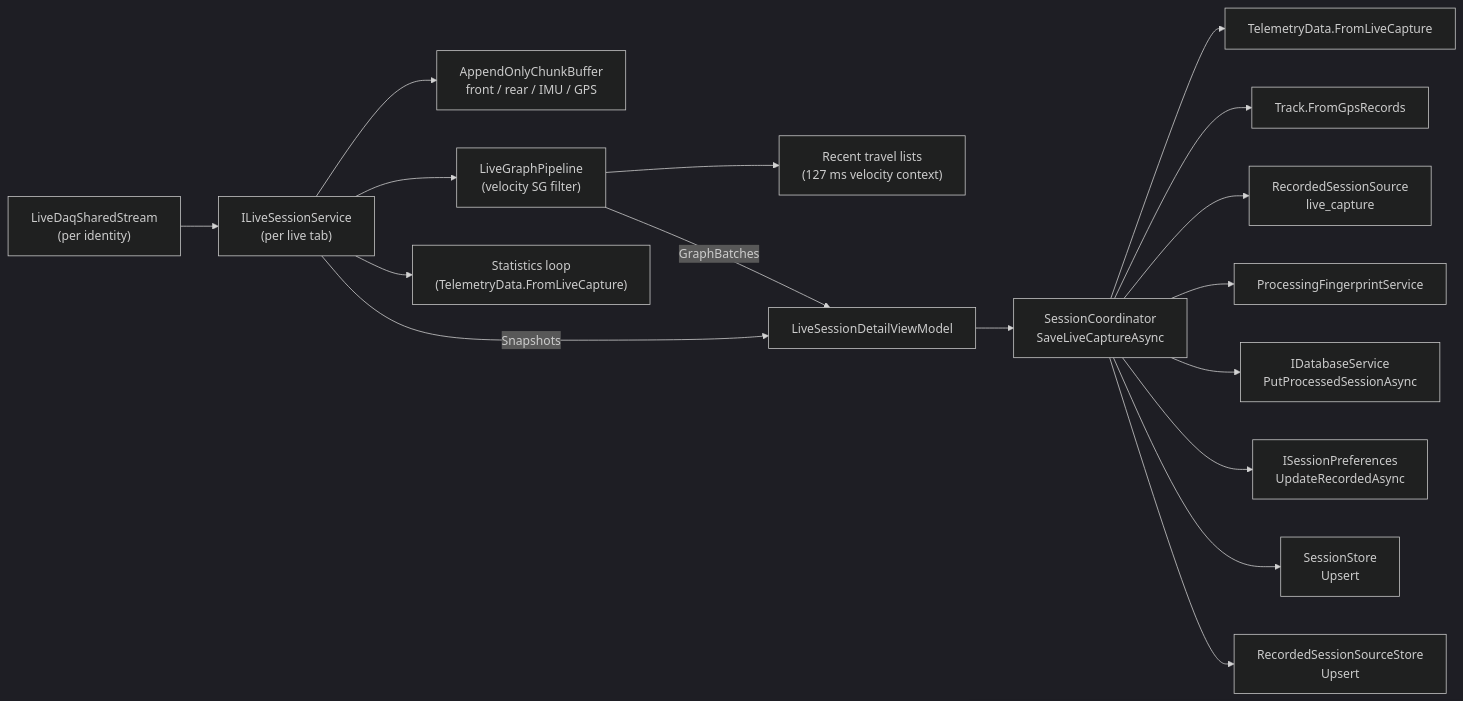
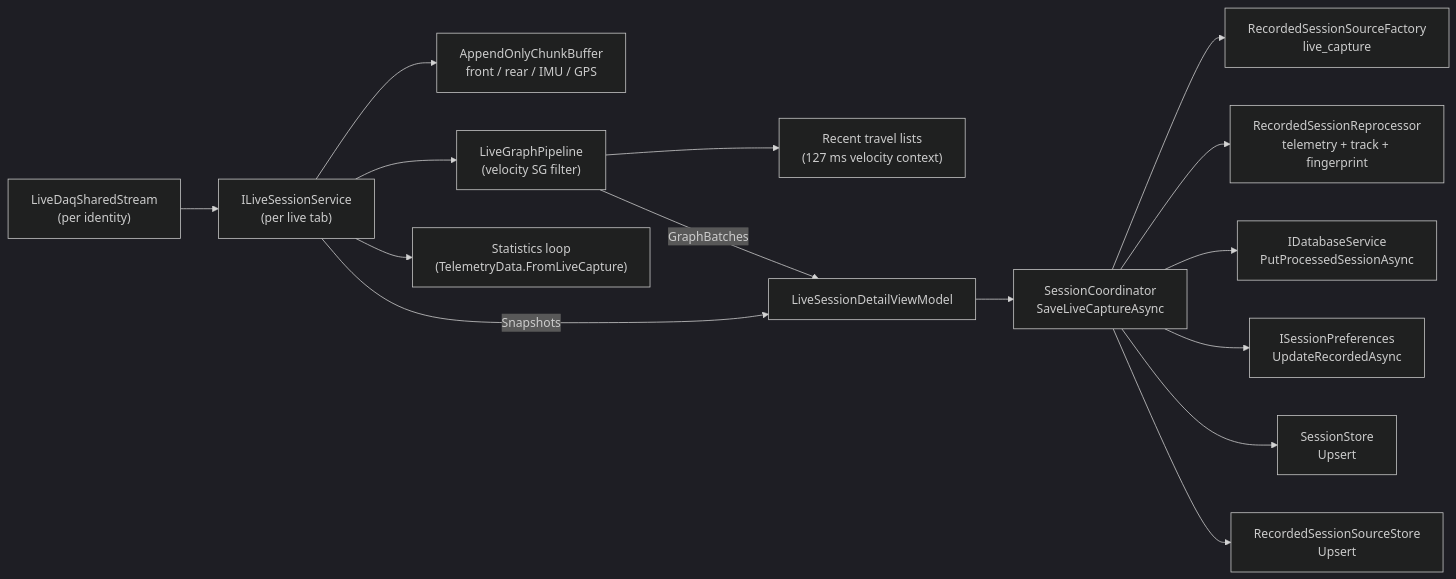
Before and after one commit to MoridinBG/Sufni.app: the diagram in docs/architecture/live-session.md, drawn with Mermaid (dark theme). The commit also changed other lines of this file and 7 other files, not shown here.

Commit message:
Update architecture docs

````diff
--- a/docs/architecture/live-session.md
+++ b/docs/architecture/live-session.md
@@ -30,19 +30,17 @@
 ```mermaid
 graph LR
     Shared["LiveDaqSharedStream<br/>(per identity)"] --> Service["ILiveSessionService<br/>(per live tab)"]
     Service --> AppendBufs["AppendOnlyChunkBuffer<br/>front / rear / IMU / GPS"]
     Service --> GraphPipe["LiveGraphPipeline<br/>(velocity SG filter)"]
     Service --> StatsLoop["Statistics loop<br/>(TelemetryData.FromLiveCapture)"]
     GraphPipe --> RecentTravel["Recent travel lists<br/>(127 ms velocity context)"]
     Service -->|"Snapshots"| DetailVM["LiveSessionDetailViewModel"]
     GraphPipe -->|"GraphBatches"| DetailVM
     DetailVM --> Coord["SessionCoordinator<br/>SaveLiveCaptureAsync"]
-    Coord --> Telemetry["TelemetryData.FromLiveCapture"]
-    Coord --> Track["Track.FromGpsRecords"]
-    Coord --> Source["RecordedSessionSource<br/>live_capture"]
-    Coord --> Fingerprint["ProcessingFingerprintService"]
+    Coord --> Source["RecordedSessionSourceFactory<br/>live_capture"]
+    Coord --> Reprocessor["RecordedSessionReprocessor<br/>telemetry + track + fingerprint"]
     Coord --> DB["IDatabaseService<br/>PutProcessedSessionAsync"]
     Coord --> Prefs["ISessionPreferences<br/>UpdateRecordedAsync"]
     Coord --> Store["SessionStore<br/>Upsert"]
     Coord --> SourceStore["RecordedSessionSourceStore<br/>Upsert"]
 ```
````
